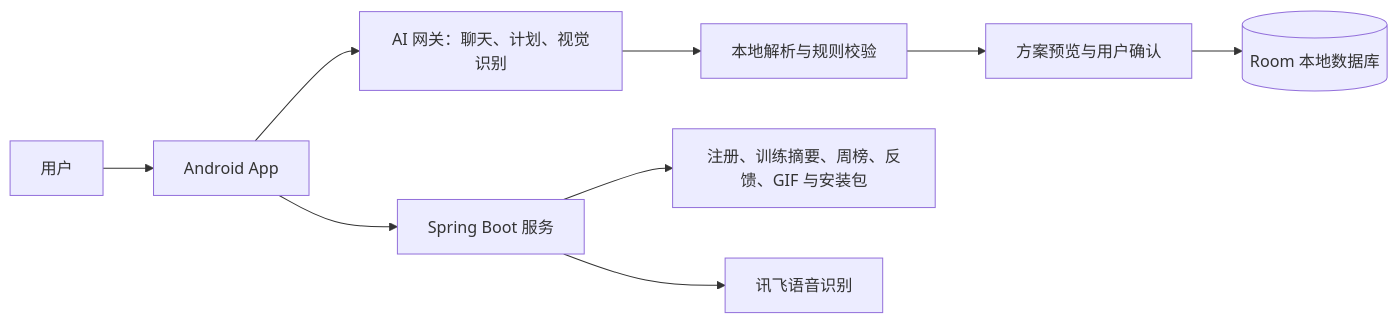
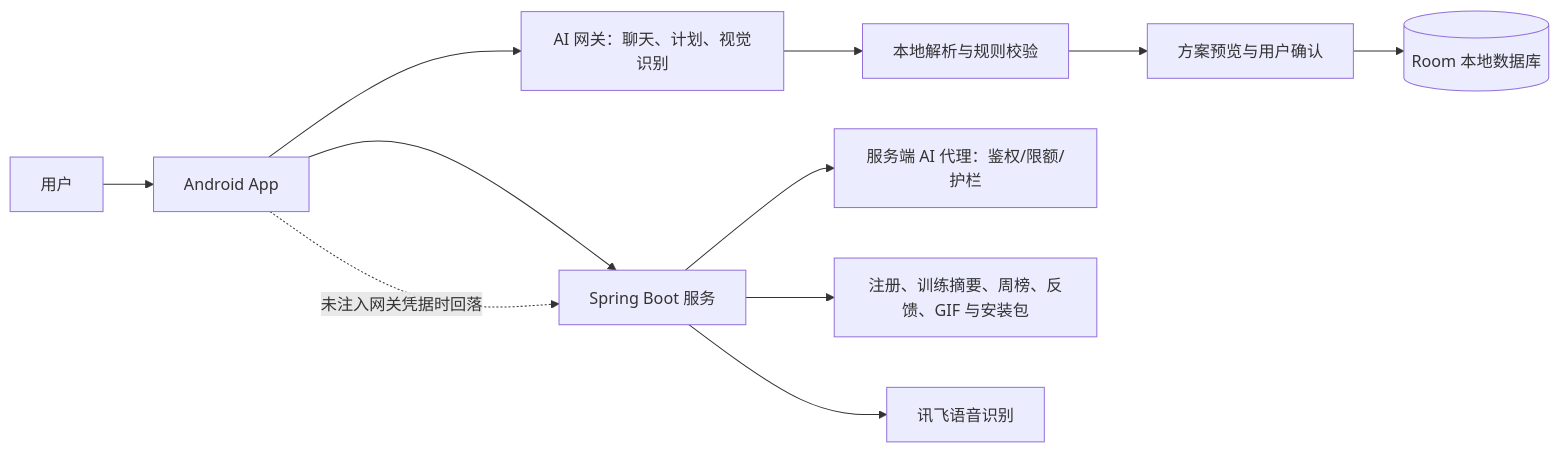
Before and after one commit to Erfan817/ReadyGym: the diagram in README.md, drawn with Mermaid. The commit also changed other lines of this file and 146 other files, not shown here.

````diff
--- a/README.md
+++ b/README.md
@@ -107,11 +107,13 @@
 ```mermaid
 flowchart LR
     User[用户] --> App[Android App]
     App --> AI[AI 网关：聊天、计划、视觉识别]
     AI --> Check[本地解析与规则校验]
     Check --> Preview[方案预览与用户确认]
     Preview --> DB[(Room 本地数据库)]
     App --> Server[Spring Boot 服务]
+    App -.->|未注入网关凭据时回落| Server
+    Server --> Proxy[服务端 AI 代理：鉴权/限额/护栏]
     Server --> Services[注册、训练摘要、周榜、反馈、GIF 与安装包]
     Server --> ASR[讯飞语音识别]
 ```
````
